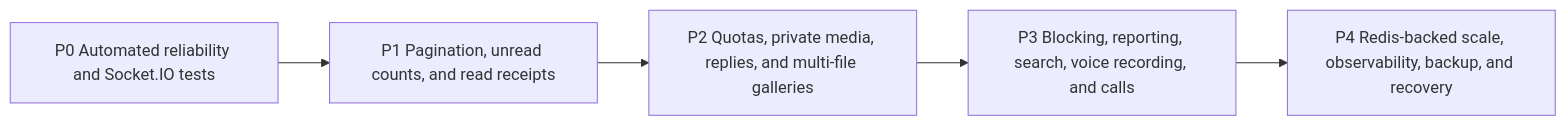
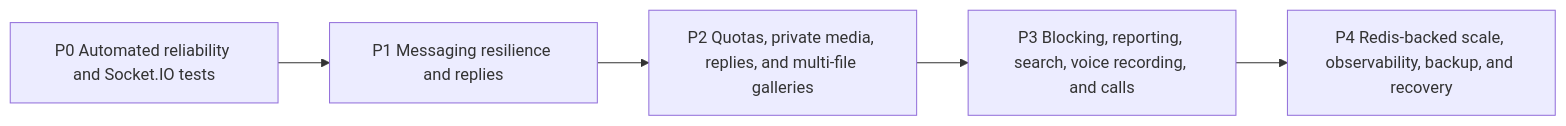
The second of 2 diagrams in docs/09-testing-and-roadmap.md (Saurav11343/click-chat), drawn with Mermaid before and after one commit. The commit also changed other lines of this file and 30 other files, not shown here.

````diff
--- a/docs/09-testing-and-roadmap.md
+++ b/docs/09-testing-and-roadmap.md
@@ -176,7 +182,7 @@
 ```mermaid
 flowchart LR
-    P0["P0 Automated reliability and Socket.IO tests"] --> P1["P1 Pagination, unread counts, and read receipts"]
+    P0["P0 Automated reliability and Socket.IO tests"] --> P1["P1 Messaging resilience and replies"]
     P1 --> P2["P2 Quotas, private media, replies, and multi-file galleries"]
     P2 --> P3["P3 Blocking, reporting, search, voice recording, and calls"]
     P3 --> P4["P4 Redis-backed scale, observability, backup, and recovery"]
 ```
````
